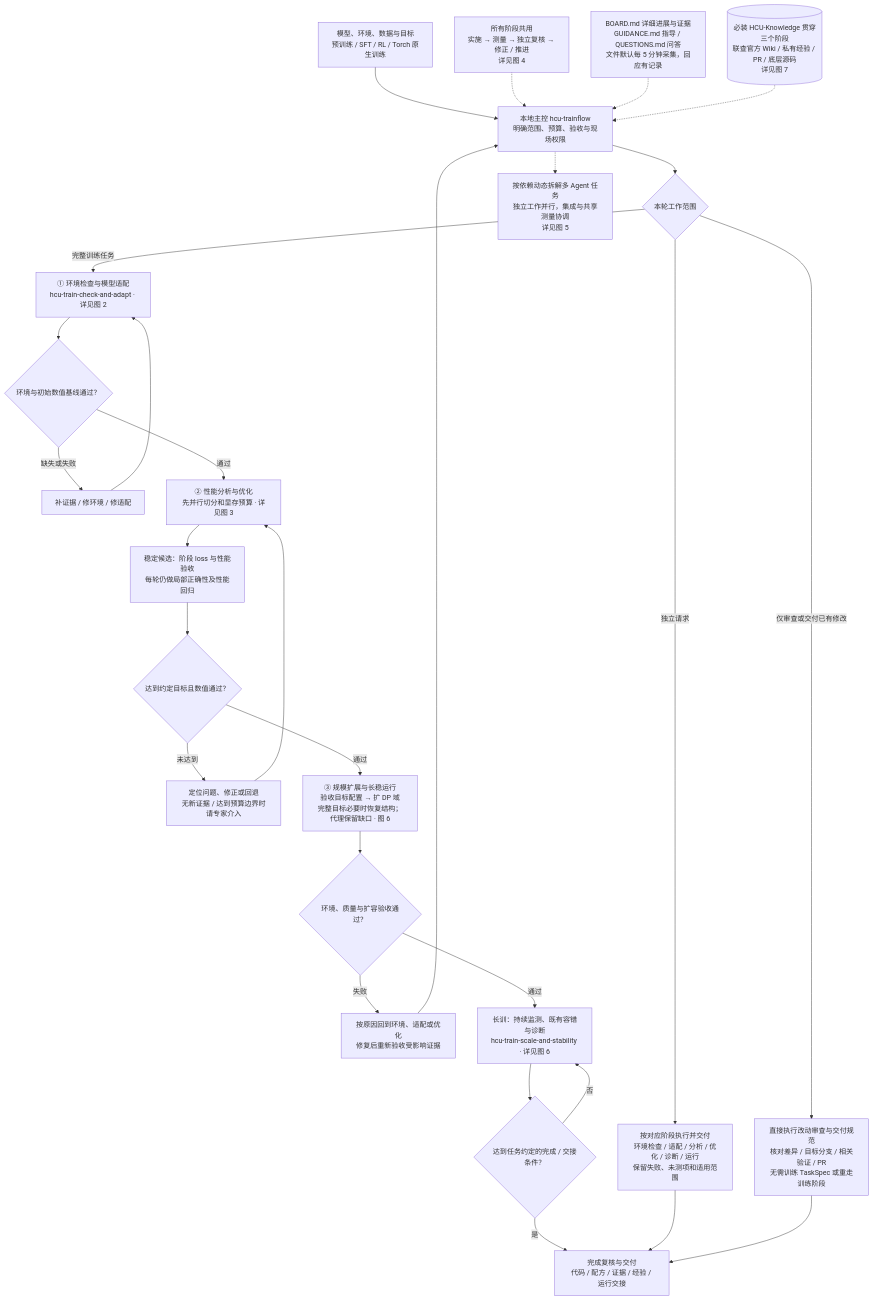
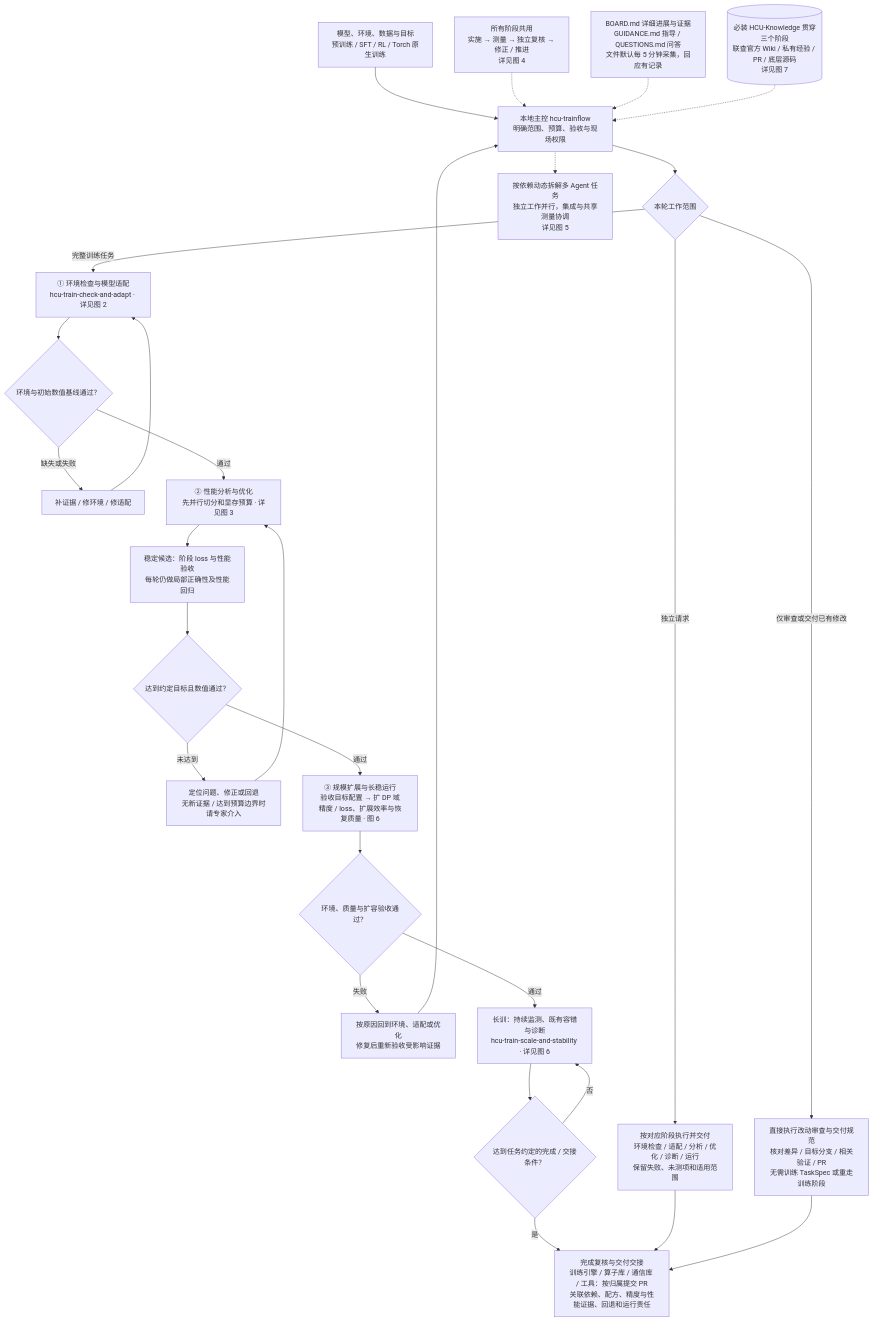
Before and after one commit to yuguo-Jack/HCU-TrainFlow: the first of 14 diagrams in docs/workflow-map.md, drawn with Mermaid. The commit also changed other lines of this file and 8 other files, not shown here.

````diff
--- a/docs/workflow-map.md
+++ b/docs/workflow-map.md
@@ -11,30 +11,30 @@
 ```mermaid
 flowchart TD
     U["模型、环境、数据与目标<br/>预训练 / SFT / RL / Torch 原生训练"] --> C["本地主控 hcu-trainflow<br/>明确范围、预算、验收与现场权限"]
     C --> SCOPE{"本轮工作范围"}
     SCOPE -->|完整训练任务| A["① 环境检查与模型适配<br/>hcu-train-check-and-adapt · 详见图 2"]
     SCOPE -->|独立请求| PART["按对应阶段执行并交付<br/>环境检查 / 适配 / 分析 / 优化 / 诊断 / 运行<br/>保留失败、未测项和适用范围"]
     SCOPE -->|仅审查或交付已有修改| DELIVER["直接执行改动审查与交付规范<br/>核对差异 / 目标分支 / 相关验证 / PR<br/>无需训练 TaskSpec 或重走训练阶段"]
     A --> AG{"环境与初始数值基线通过？"}
     AG -->|缺失或失败| AR["补证据 / 修环境 / 修适配"]
     AR --> A
     AG -->|通过| O["② 性能分析与优化<br/>先并行切分和显存预算 · 详见图 3"]
     O --> Q["稳定候选：阶段 loss 与性能验收<br/>每轮仍做局部正确性及性能回归"]
     Q --> QG{"达到约定目标且数值通过？"}
     QG -->|未达到| OR["定位问题、修正或回退<br/>无新证据 / 达到预算边界时请专家介入"]
     OR --> O
-    QG -->|通过| S["③ 规模扩展与长稳运行<br/>验收目标配置 → 扩 DP 域<br/>完整目标必要时恢复结构；代理保留缺口 · 图 6"]
+    QG -->|通过| S["③ 规模扩展与长稳运行<br/>验收目标配置 → 扩 DP 域<br/>精度 / loss、扩展效率与恢复质量 · 图 6"]
     S --> SG{"环境、质量与扩容验收通过？"}
     SG -->|失败| SR["按原因回到环境、适配或优化<br/>修复后重新验收受影响证据"]
     SR --> C
     SG -->|通过| T["长训：持续监测、既有容错与诊断<br/>hcu-train-scale-and-stability · 详见图 6"]
     T --> TG{"达到任务约定的完成 / 交接条件？"}
     TG -->|否| T
-    TG -->|是| Z["完成复核与交付<br/>代码 / 配方 / 证据 / 经验 / 运行交接"]
+    TG -->|是| Z["完成复核与交付交接<br/>训练引擎 / 算子库 / 通信库 / 工具：按归属提交 PR<br/>关联依赖、配方、精度与性能证据、回退和运行责任"]
     PART --> Z
     DELIVER --> Z
     LOOP["所有阶段共用<br/>实施 → 测量 → 独立复核 → 修正 / 推进<br/>详见图 4"] -.-> C
     H["BOARD.md 详细进展与证据<br/>GUIDANCE.md 指导 / QUESTIONS.md 问答<br/>文件默认每 5 分钟采集，回应有记录"] -.-> C
     K[("必装 HCU-Knowledge 贯穿三个阶段<br/>联查官方 Wiki / 私有经验 / PR / 底层源码<br/>详见图 7")] -.-> C
     C -.-> TEAM["按依赖动态拆解多 Agent 任务<br/>独立工作并行，集成与共享测量协调<br/>详见图 5"]
 ```
````
